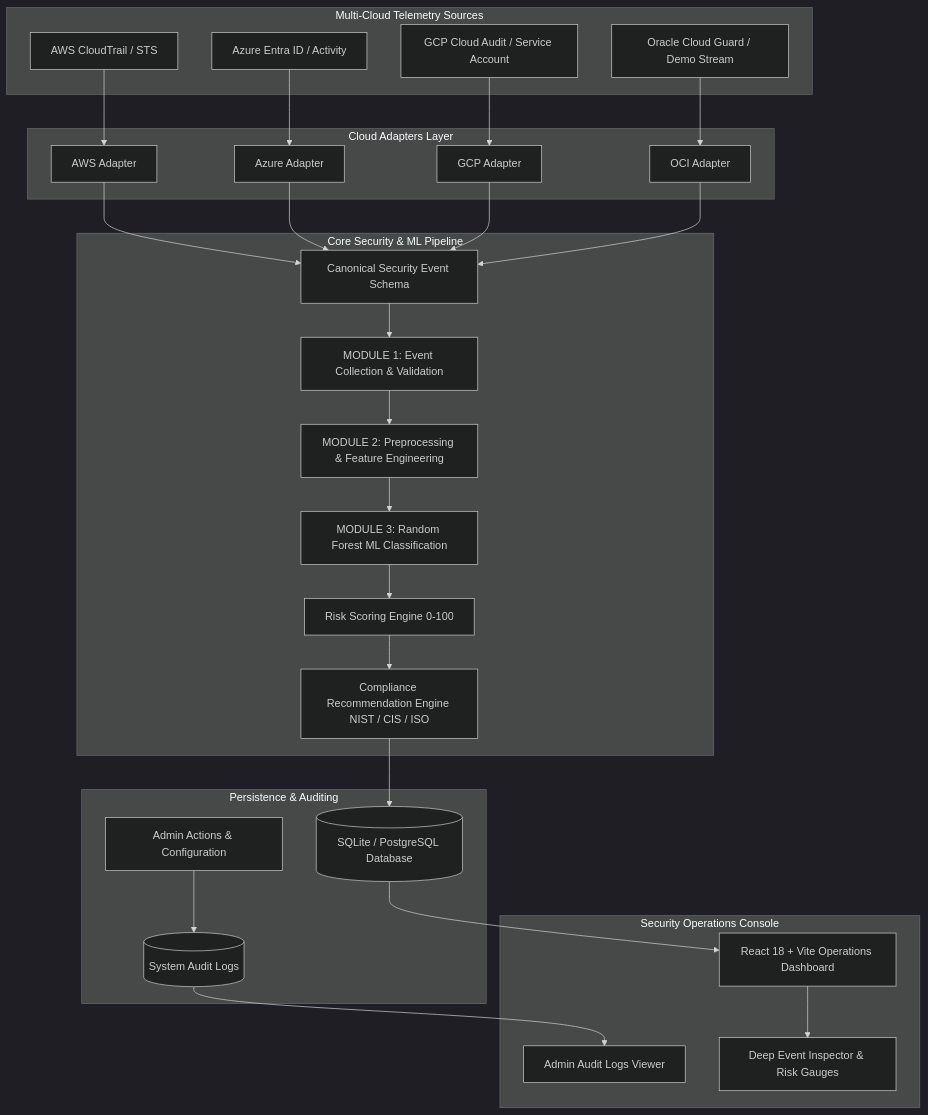
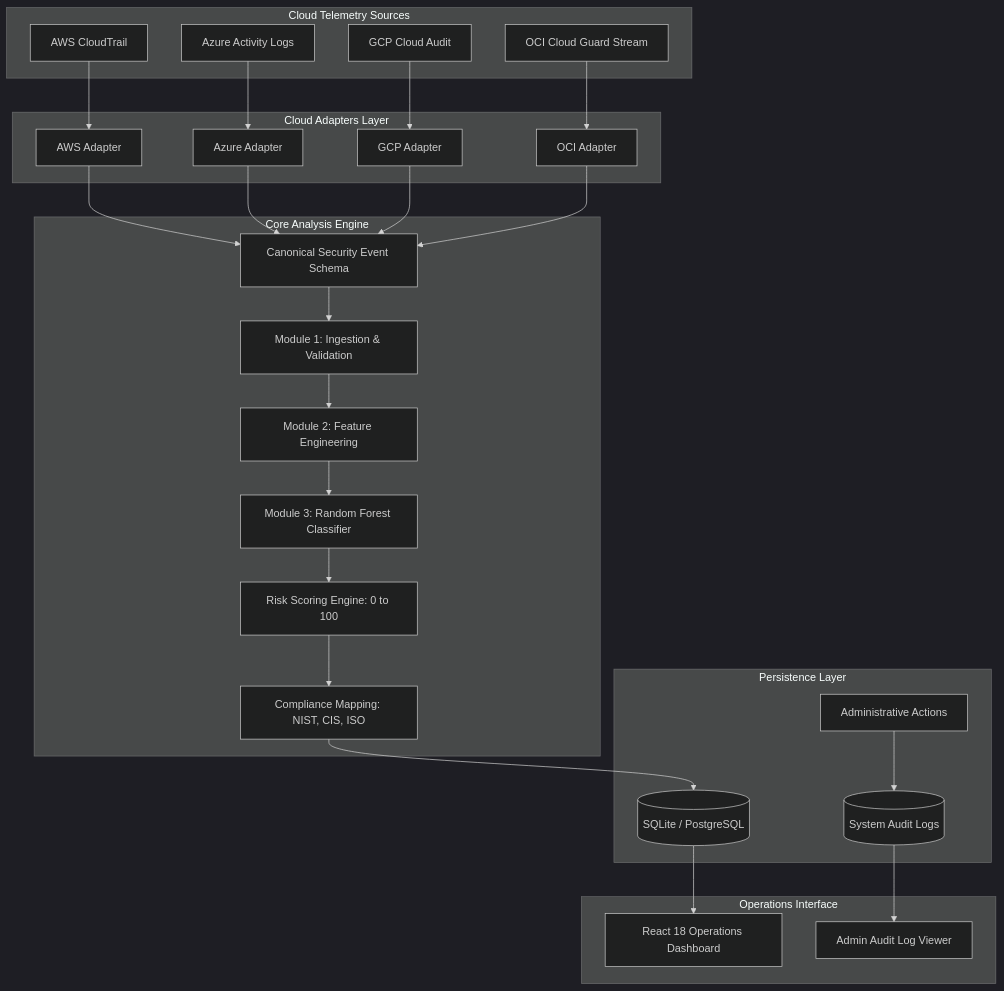
The diagram in docs/02_SYSTEM_ARCHITECTURE.md (RaghuBharathi3/real-time-cloud-threat-analysis), drawn with Mermaid (dark theme) before and after one commit. The commit also changed other lines of this file and 32 other files, not shown here.

````diff
--- a/docs/02_SYSTEM_ARCHITECTURE.md
+++ b/docs/02_SYSTEM_ARCHITECTURE.md
@@ -7,42 +8,41 @@
 ```mermaid
-flowchart TD
-    subgraph MultiCloudSources [Multi-Cloud Telemetry Sources]
-        AWS[AWS CloudTrail / STS]
-        Azure[Azure Entra ID / Activity]
-        GCP[GCP Cloud Audit / Service Account]
-        OCI[Oracle Cloud Guard / Demo Stream]
+graph TD
+    subgraph MultiCloudSources [Cloud Telemetry Sources]
+        AWS[AWS CloudTrail]
+        Azure[Azure Activity Logs]
+        GCP[GCP Cloud Audit]
+        OCI[OCI Cloud Guard Stream]
     end
 
-    subgraph CloudAdapters [Cloud Adapters Layer]
+    subgraph AdaptersLayer [Cloud Adapters Layer]
         A_AWS[AWS Adapter]
         A_Azure[Azure Adapter]
         A_GCP[GCP Adapter]
         A_OCI[OCI Adapter]
     end
 
     AWS --> A_AWS
     Azure --> A_Azure
     GCP --> A_GCP
     OCI --> A_OCI
 
-    A_AWS & A_Azure & A_GCP & A_OCI --> CanonicalSchema[Canonical Security Event Schema]
+    A_AWS & A_Azure & A_GCP & A_OCI --> Schema[Canonical Security Event Schema]
 
-    subgraph CorePipeline [Core Security & ML Pipeline]
-        CanonicalSchema --> M1[MODULE 1: Event Collection & Validation]
-        M1 --> M2[MODULE 2: Preprocessing & Feature Engineering]
-        M2 --> M3[MODULE 3: Random Forest ML Classification]
-        M3 --> RiskEngine[Risk Scoring Engine 0-100]
-        RiskEngine --> Compliance[Compliance Recommendation Engine NIST / CIS / ISO]
+    subgraph CoreEngine [Core Analysis Engine]
+        Schema --> M1[Module 1: Ingestion & Validation]
+        M1 --> M2[Module 2: Feature Engineering]
+        M2 --> M3[Module 3: Random Forest Classifier]
+        M3 --> Risk[Risk Scoring Engine: 0 to 100]
+        Risk --> Compliance[Compliance Mapping: NIST, CIS, ISO]
     end
 
-    subgraph StorageLayer [Persistence & Auditing]
-        Compliance --> DB[(SQLite / PostgreSQL Database)]
-        AdminActions[Admin Actions & Configuration] --> AuditLog[(System Audit Logs)]
+    subgraph Storage [Persistence Layer]
+        Compliance --> DB[(SQLite / PostgreSQL)]
+        AuditEvents[Administrative Actions] --> AuditLog[(System Audit Logs)]
     end
 
-    subgraph FrontendUI [Security Operations Console]
-        DB --> Dashboard[React 18 + Vite Operations Dashboard]
-        AuditLog --> AdminPanel[Admin Audit Logs Viewer]
-        Dashboard --> DeepInspector[Deep Event Inspector & Risk Gauges]
+    subgraph Interface [Operations Interface]
+        DB --> UI[React 18 Operations Dashboard]
+        AuditLog --> AdminUI[Admin Audit Log Viewer]
     end
 ```
````
